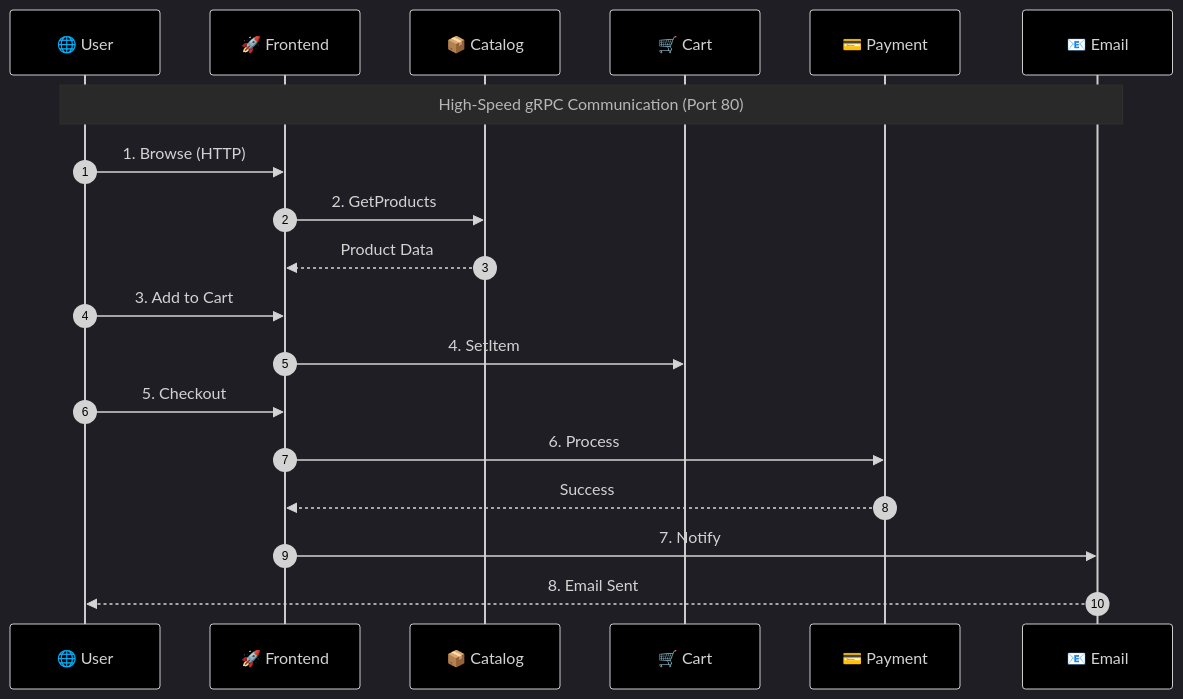
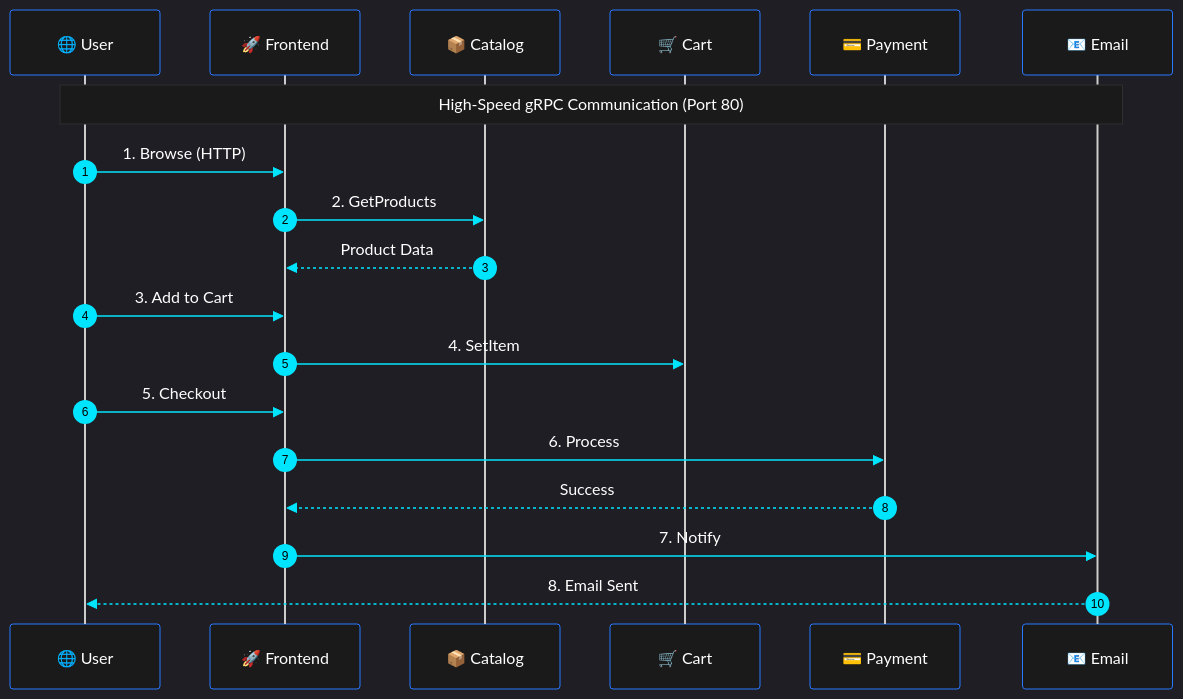
The first of 2 diagrams in README.md (rakeshkolipakaace/Microservices-e-commerce), drawn with Mermaid before and after one commit. The commit also changed other lines of this file, not shown here.

Commit message:
DOCS: Fixed ghost-boxes and forced high-contrast dark theme

````diff
--- a/README.md
+++ b/README.md
@@ -14,23 +14,40 @@
 ```mermaid
-%%{init: {'theme': 'dark', 'themeVariables': { 'darkMode': true, 'background': '#000000', 'mainBkg': '#000000' }}}%%
+%%{init: {
+  'theme': 'dark', 
+  'themeVariables': { 
+    'darkMode': true, 
+    'background': '#000000', 
+    'actorBkg': '#1A1A1A', 
+    'actorBorder': '#2979FF', 
+    'actorTextColor': '#FFFFFF',
+    'signalColor': '#00E5FF',
+    'signalTextColor': '#FFFFFF',
+    'labelBoxBkgColor': '#1A1A1A',
+    'labelBoxBorderColor': '#2979FF',
+    'labelTextColor': '#FFFFFF',
+    'loopLimitBkgColor': '#1A1A1A',
+    'noteBkgColor': '#1A1A1A',
+    'noteTextColor': '#FFFFFF'
+  }
+}}%%
 sequenceDiagram
     autonumber
     participant U as 🌐 User
     participant F as 🚀 Frontend
     participant C as 📦 Catalog
     participant K as 🛒 Cart
     participant P as 💳 Payment
     participant E as 📧 Email
 
     Note over U,E: High-Speed gRPC Communication (Port 80)
     U->>F: 1. Browse (HTTP)
     F->>C: 2. GetProducts
     C-->>F: Product Data
     U->>F: 3. Add to Cart
     F->>K: 4. SetItem
     U->>F: 5. Checkout
     F->>P: 6. Process
     P-->>F: Success
     F->>E: 7. Notify
     E-->>U: 8. Email Sent
 ```
````
